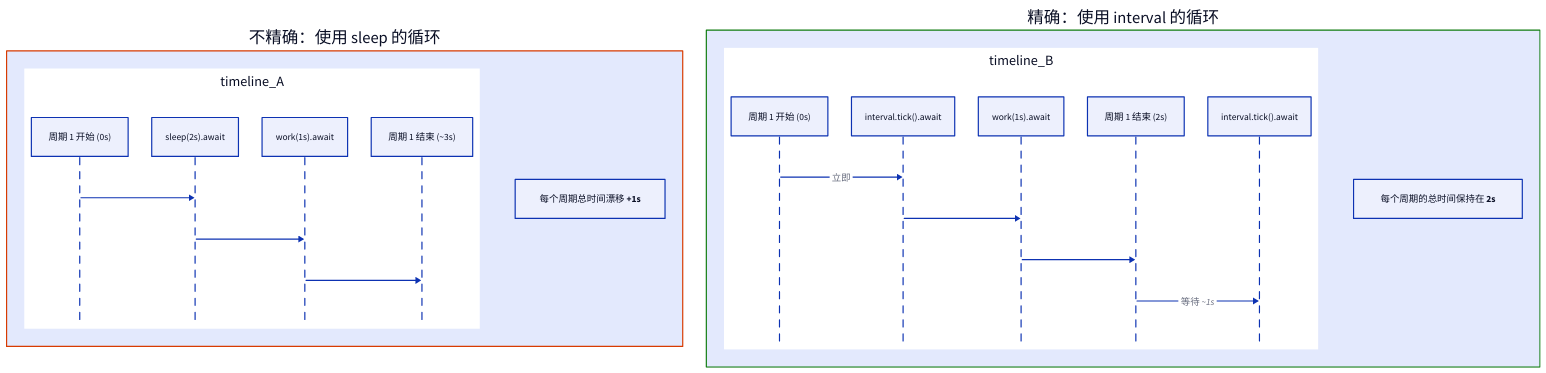
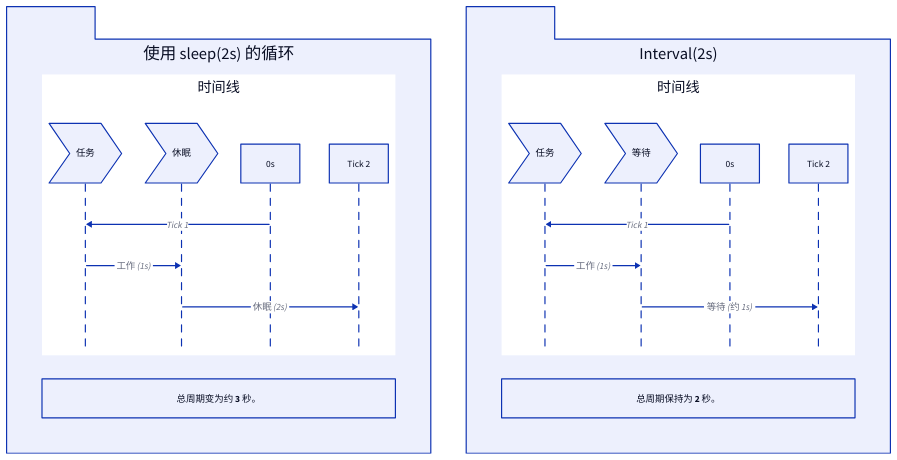
One commit to lban2049/tokio changed the diagram in .aigne/doc-smith/docs/concepts-timers.zh.md. Above: the diagram before and after it, drawn with D2. The commit also changed other lines of this file and 42 other files, not shown here.

````diff
--- a/.aigne/doc-smith/docs/concepts-timers.zh.md
+++ b/.aigne/doc-smith/docs/concepts-timers.zh.md
@@ -43,41 +42,37 @@
 ```d2
 direction: down
 
-subsystem_A: "不精确：使用 sleep 的循环" {
-  timeline_A: {
-    direction: right
+"使用 sleep(2s) 的循环": {
+  shape: package
+  grid-columns: 1
+
+  "时间线": {
     shape: sequence_diagram
+    "任务": {shape: step}
+    "休眠": {shape: step}
 
-    start_1: "周期 1 开始 (0s)"
-    sleep_1: "sleep(2s).await"
-    work_1: "work(1s).await"
-    end_1: "周期 1 结束 (~3s)"
-
-    start_1 -> sleep_1
-    sleep_1 -> work_1
-    work_1 -> end_1
+    "0s" -> "任务": "Tick 1"
+    "任务" -> "休眠": "工作 (1s)"
+    "休眠" -> "3s": "休眠 (2s)"
+    "3s": "Tick 2"
   }
-  style.stroke: "#D83B01"
-  "每个周期总时间漂移 +1s"
+  "总周期变为约 3 秒。"
 }
 
-subsystem_B: "精确：使用 interval 的循环" {
-  timeline_B: {
-    direction: right
+"Interval(2s)": {
+  shape: package
+  grid-columns: 1
+
+  "时间线": {
     shape: sequence_diagram
+    "任务": {shape: step}
+    "等待": {shape: step}
 
-    start_2: "周期 1 开始 (0s)"
-    tick_1: "interval.tick().await"
-    work_2: "work(1s).await"
-    end_2: "周期 1 结束 (2s)"
-    tick_2: "interval.tick().await"
-
-    start_2 -> tick_1: "立即"
-    tick_1 -> work_2
-    work_2 -> end_2
-    end_2 -> tick_2: "等待 ~1s"
+    "0s" -> "任务": "Tick 1"
+    "任务" -> "等待": "工作 (1s)"
+    "等待" -> "2s": "等待 (约 1s)"
+    "2s": "Tick 2"
   }
-  style.stroke: "#107C10"
-  "每个周期的总时间保持在 2s"
+  "总周期保持为 2 秒。"
 }
 ```
````
